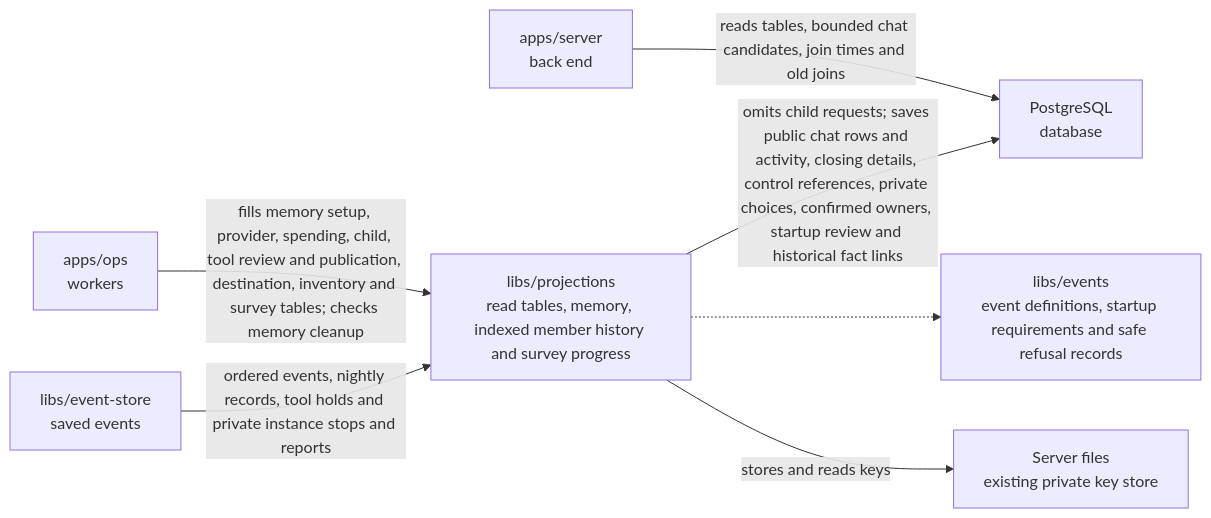
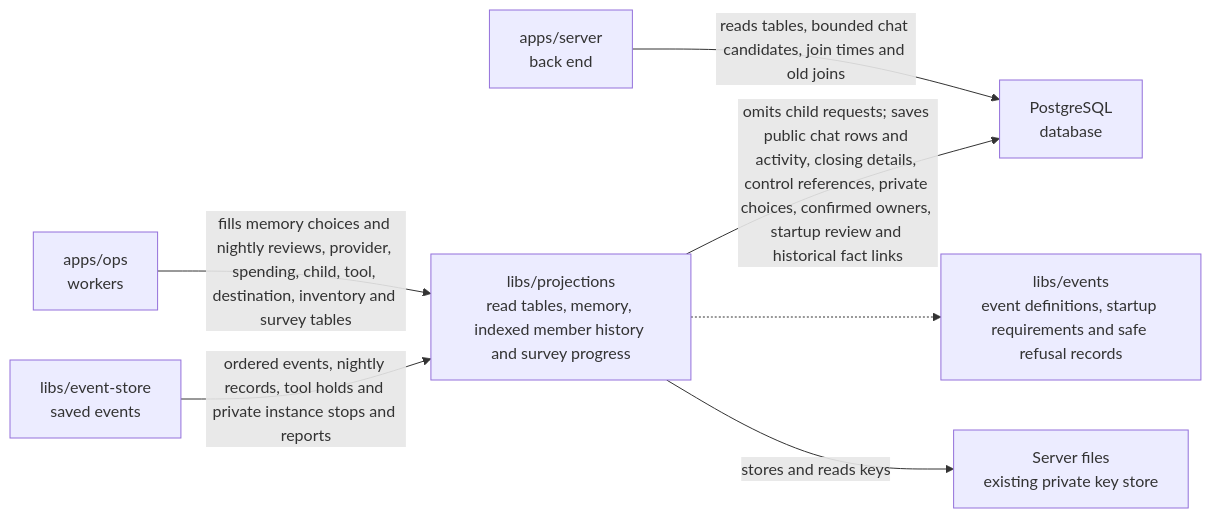
The diagram in libs/projections/README.md (elewa-git/opencrane-new), drawn with Mermaid before and after one commit. The commit also changed other lines of this file and 19 other files, not shown here.

Commit message:
🌙 Review bounded nightly memory inputs and status

````diff
--- a/libs/projections/README.md
+++ b/libs/projections/README.md
@@ -23,9 +23,9 @@
 ```mermaid
 flowchart LR
-  ops["apps/ops<br/>workers"] -->|fills memory setup, provider, spending, child, tool review and publication, destination, inventory and survey tables; checks memory cleanup| projections["libs/projections<br/>read tables, memory, indexed member history and survey progress"]
+  ops["apps/ops<br/>workers"] -->|fills memory choices and nightly reviews, provider, spending, child, tool, destination, inventory and survey tables| projections["libs/projections<br/>read tables, memory, indexed member history and survey progress"]
   server["apps/server<br/>back end"] -->|reads tables, bounded chat candidates, join times and old joins| pg["PostgreSQL<br/>database"]
   projections -->|omits child requests; saves public chat rows and activity, closing details, control references, private choices, confirmed owners, startup review and historical fact links| pg
   store["libs/event-store<br/>saved events"] -->|ordered events, nightly records, tool holds and private instance stops and reports| projections
   projections -.-> events["libs/events<br/>event definitions, startup requirements and safe refusal records"]
   projections -->|stores and reads keys| keys["Server files<br/>existing private key store"]
 ```
````
